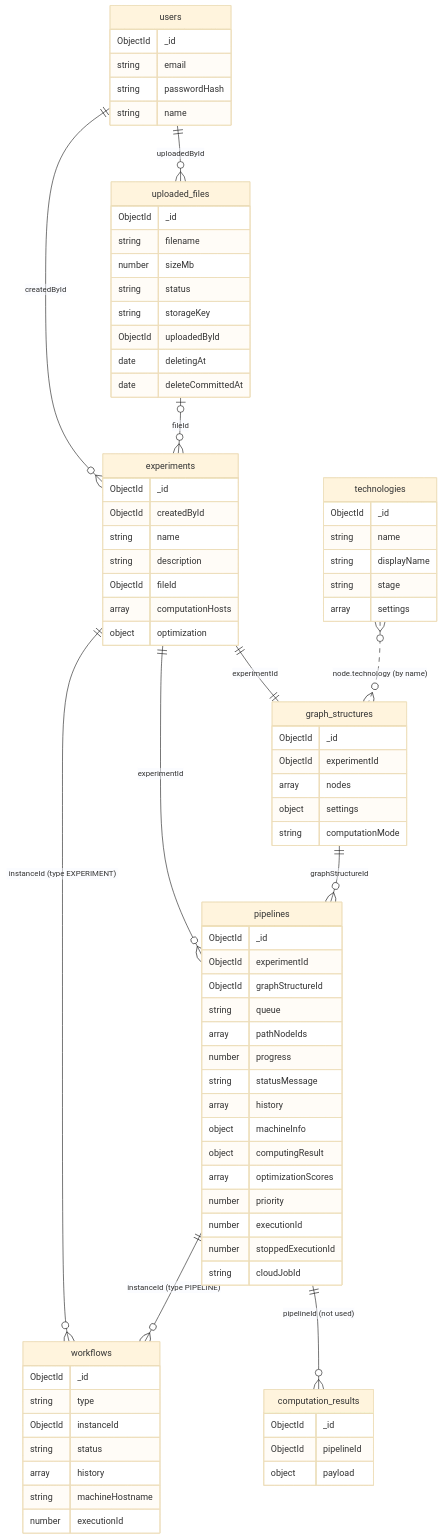
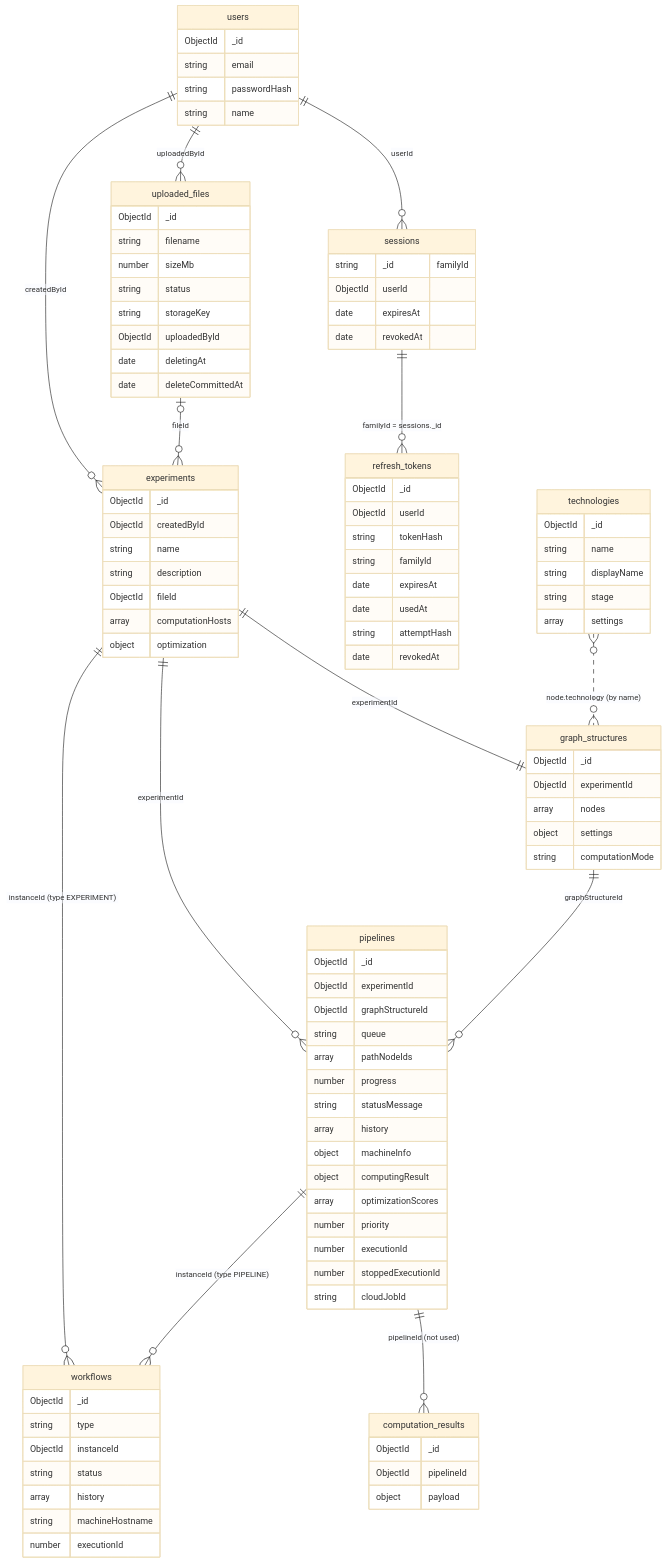
The diagram in docs/architecture/data-model.md (tntu-stefanyshyn/classification-pipeline), drawn with Mermaid (base theme) before and after one commit. The commit also changed other lines of this file and 2 other files, not shown here.

Commit message:
docs(architecture): document the file deletion rule and the session collections
Review feedback: 'A file used by an experiment cannot be deleted' was too
broad. FileStore.remove detaches the file: deletion is refused while a
using experiment is computing or optimizing; otherwise the owner confirms
every own experiment that uses it (detachExperimentIds), after which
experiments.fileId is cleared and the S3 object and record are deleted.

Also bring the data model in line with main after the session refresh
change: add the sessions and refresh_tokens collections (ten in total),
their TTL indexes, and the access token wording in the overview.

```diff
--- a/docs/architecture/data-model.md
+++ b/docs/architecture/data-model.md
@@ -6,6 +6,8 @@
 erDiagram
     users ||--o{ experiments : "createdById"
     users ||--o{ uploaded_files : "uploadedById"
+    users ||--o{ sessions : "userId"
+    sessions ||--o{ refresh_tokens : "familyId = sessions._id"
     uploaded_files |o--o{ experiments : "fileId"
     experiments ||--|| graph_structures : "experimentId"
     experiments ||--o{ pipelines : "experimentId"
@@ -20,6 +22,22 @@
         string email
         string passwordHash
         string name
+    }
+    sessions {
+        string _id "familyId"
+        ObjectId userId
+        date expiresAt
+        date revokedAt
+    }
+    refresh_tokens {
+        ObjectId _id
+        ObjectId userId
+        string tokenHash
+        string familyId
+        date expiresAt
+        date usedAt
+        string attemptHash
+        date revokedAt
     }
     experiments {
         ObjectId _id
```
